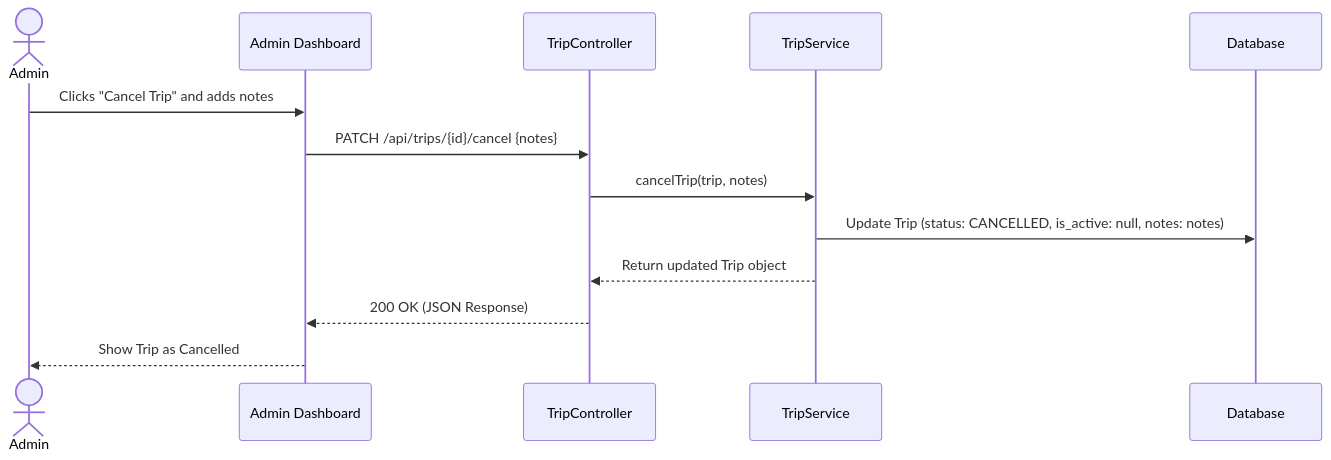
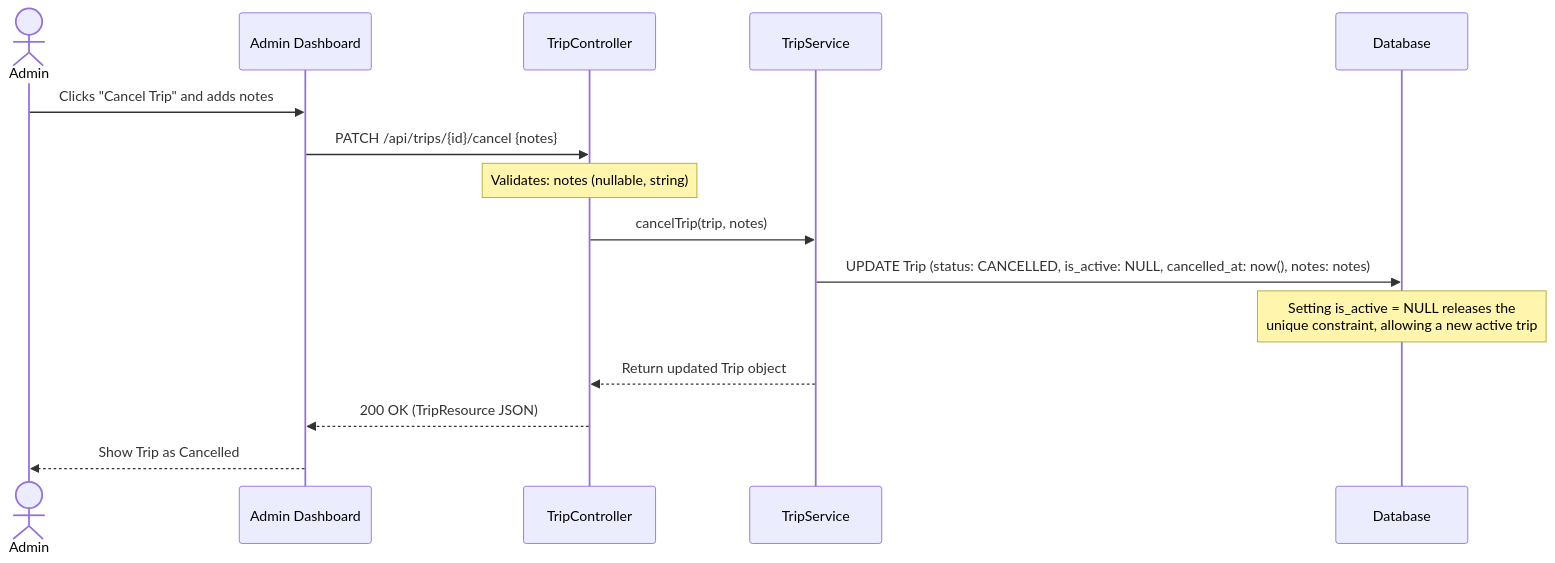
One commit to San-AMRANI/cqmion-temps-be changed the second of 7 diagrams in docs/engineering/04_Sequence_Diagrams.md. Above: the diagram before and after it, drawn with Mermaid. The commit also changed other lines of this file and 4 other files, not shown here.

````diff
--- a/docs/engineering/04_Sequence_Diagrams.md
+++ b/docs/engineering/04_Sequence_Diagrams.md
@@ -53,19 +85,21 @@
 ```mermaid
 sequenceDiagram
     actor Admin
     participant App as Admin Dashboard
     participant Ctrl as TripController
     participant Svc as TripService
     participant DB as Database
 
     Admin->>App: Clicks "Cancel Trip" and adds notes
     App->>Ctrl: PATCH /api/trips/{id}/cancel {notes}
+    Note over Ctrl: Validates: notes (nullable, string)
     
     Ctrl->>Svc: cancelTrip(trip, notes)
     
-    Svc->>DB: Update Trip (status: CANCELLED, is_active: null, notes: notes)
+    Svc->>DB: UPDATE Trip (status: CANCELLED, is_active: NULL, cancelled_at: now(), notes: notes)
+    Note over DB: Setting is_active = NULL releases the<br/>unique constraint, allowing a new active trip
     
     Svc-->>Ctrl: Return updated Trip object
-    Ctrl-->>App: 200 OK (JSON Response)
+    Ctrl-->>App: 200 OK (TripResource JSON)
     App-->>Admin: Show Trip as Cancelled
 ```
````
